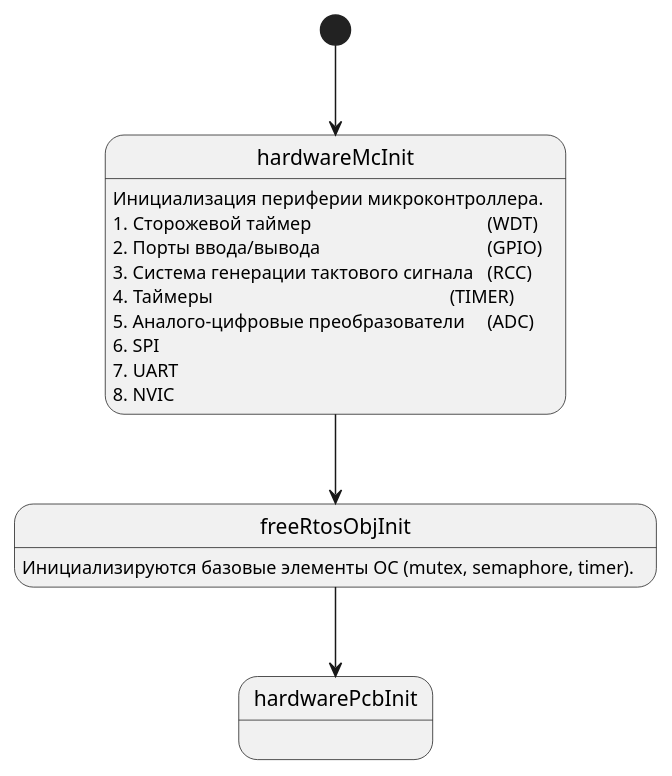
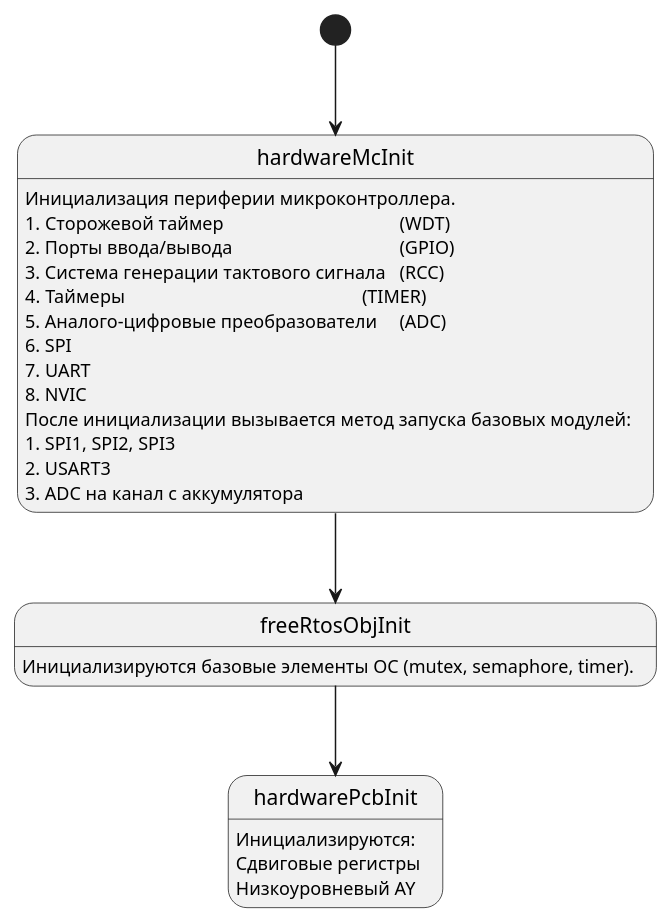
One commit to Vadimatorik/ChiptunePlayer-2.22 changed the diagram in user_code/fsm/tree/ayplayer_init_fsm.pu. Above: the diagram before and after it, drawn with PlantUML. The commit also changed 1 other file, not shown here.

Commit message:
Закончено описание для инициализации.

```diff
--- a/user_code/fsm/tree/ayplayer_init_fsm.pu
+++ b/user_code/fsm/tree/ayplayer_init_fsm.pu
@@ -4,29 +4,35 @@
 @startuml
 
 [*] --> start
 
 state "hardwareMcInit" as start {
 start:Инициализация периферии микроконтроллера.
 start:1. Сторожевой таймер\t\t\t\t\t(WDT)
 start:2. Порты ввода/вывода\t\t\t\t\t(GPIO)
 start:3. Система генерации тактового сигнала\t(RCC)
 start:4. Таймеры\t\t\t\t\t\t\t(TIMER)
 start:5. Аналого-цифровые преобразователи\t(ADC)
 start:6. SPI
 start:7. UART
 start:8. NVIC
+start:После инициализации вызывается метод запуска базовых модулей:
+start:1. SPI1, SPI2, SPI3
+start:2. USART3
+start:3. ADC на канал с аккумулятора
 }
 
 start --> s1
 
 state "freeRtosObjInit" as s1 {
 s1:Инициализируются базовые элементы ОС (mutex, semaphore, timer).
 }
 
 s1 --> s2
 
 state "hardwarePcbInit" as s2 {
-s2: 
+s2: Инициализируются:
+s2: Сдвиговые регистры
+s2: Низкоуровневый AY
 }
 
 @enduml
```
